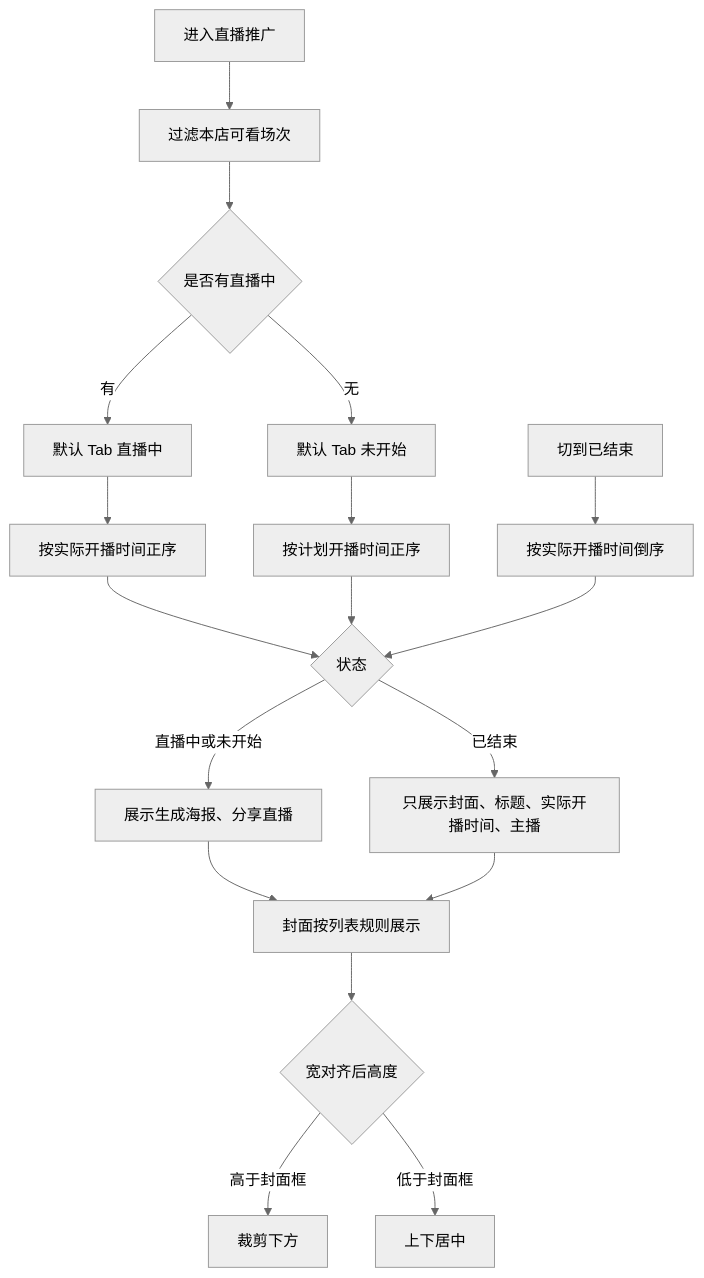
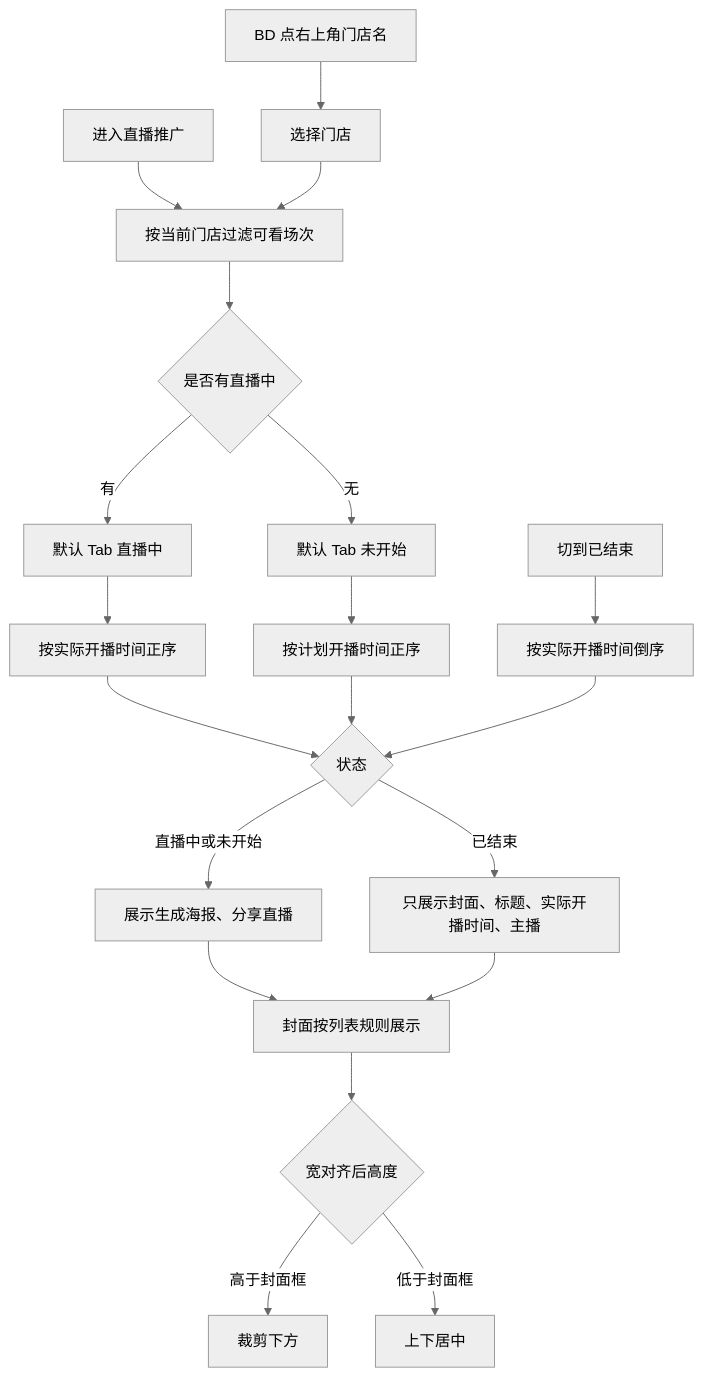
The second of 8 diagrams in prototype-prd/628-丰银宝支持通过分享冷丰鲜选直播场次链接绑定推广会员.md (342-droid/LFerp), drawn with Mermaid (neutral theme) before and after one commit. The commit also changed other lines of this file and 53 other files, not shown here.

````diff
--- a/prototype-prd/628-丰银宝支持通过分享冷丰鲜选直播场次链接绑定推广会员.md
+++ b/prototype-prd/628-丰银宝支持通过分享冷丰鲜选直播场次链接绑定推广会员.md
@@ -106,20 +120,22 @@
 ```mermaid
 flowchart TD
-  A[进入直播推广] --> B[过滤本店可看场次]
+  A[进入直播推广] --> B[按当前门店过滤可看场次]
   B --> C{是否有直播中}
   C -->|有| D[默认 Tab 直播中]
   C -->|无| E[默认 Tab 未开始]
   D --> F[按实际开播时间正序]
   E --> G[按计划开播时间正序]
   H[切到已结束] --> I[按实际开播时间倒序]
   F --> J{状态}
   G --> J
   I --> J
   J -->|直播中或未开始| K[展示生成海报、分享直播]
   J -->|已结束| L[只展示封面、标题、实际开播时间、主播]
   K --> M[封面按列表规则展示]
   L --> M
   M --> N{宽对齐后高度}
   N -->|高于封面框| O[裁剪下方]
   N -->|低于封面框| P[上下居中]
+  Q[BD 点右上角门店名] --> R[选择门店]
+  R --> B
 ```
````
